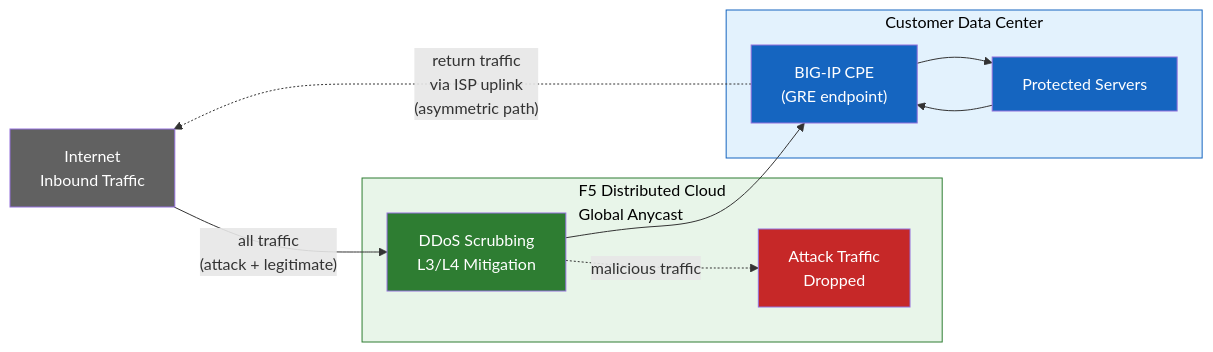
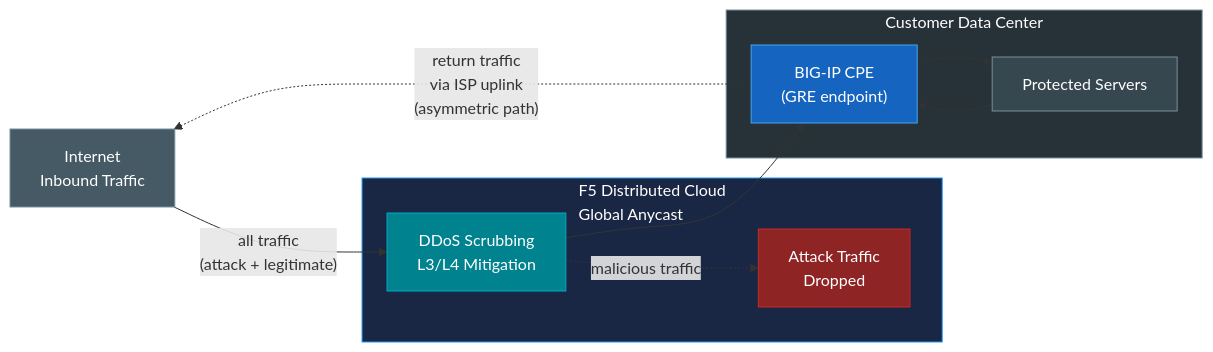
The first of 4 diagrams in docs/index.md (robinmordasiewicz/f5xc-bigip-ddos-gre), drawn with Mermaid before and after one commit. The commit also changed other lines of this file and 2 other files, not shown here.

First line of the commit message:
docs: improve diagram color scheme and add custom stylesheet

````diff
--- a/docs/index.md
+++ b/docs/index.md
@@ -17,29 +17,29 @@
 ```mermaid
 flowchart LR
     INET["Internet<br/>Inbound Traffic"]
 
     subgraph XC["F5 Distributed Cloud<br/>Global Anycast"]
         SCRUB["DDoS Scrubbing<br/>L3/L4 Mitigation"]
         DROP["Attack Traffic<br/>Dropped"]
     end
 
     subgraph DC["Customer Data Center"]
         BIGIP["BIG-IP CPE<br/>(GRE endpoint)"]
         SERVERS["Protected Servers"]
     end
 
     INET -->|"all traffic<br/>(attack + legitimate)"| SCRUB
     SCRUB --> BIGIP
     SCRUB -.->|"malicious traffic"| DROP
     BIGIP --> SERVERS
     SERVERS --> BIGIP
     BIGIP -.->|"return traffic<br/>via ISP uplink<br/>(asymmetric path)"| INET
 
-    style DROP fill:#c62828,color:#fff
-    style INET fill:#616161,color:#fff
-    style SCRUB fill:#2e7d32,color:#fff
-    style BIGIP fill:#1565c0,color:#fff
-    style SERVERS fill:#1565c0,color:#fff
-    style DC fill:#e3f2fd,stroke:#1565c0,color:#000
-    style XC fill:#e8f5e9,stroke:#2e7d32,color:#000
+    style DROP fill:#8E2424,color:#fff,stroke:#C62828
+    style INET fill:#455A64,color:#fff,stroke:#78909C
+    style SCRUB fill:#00838F,color:#fff,stroke:#00ACC1
+    style BIGIP fill:#1565C0,color:#fff,stroke:#42A5F5
+    style SERVERS fill:#37474F,color:#fff,stroke:#78909C
+    style DC fill:#263238,stroke:#78909C,color:#fff
+    style XC fill:#1A2744,stroke:#2196F3,color:#fff
 ```
````
